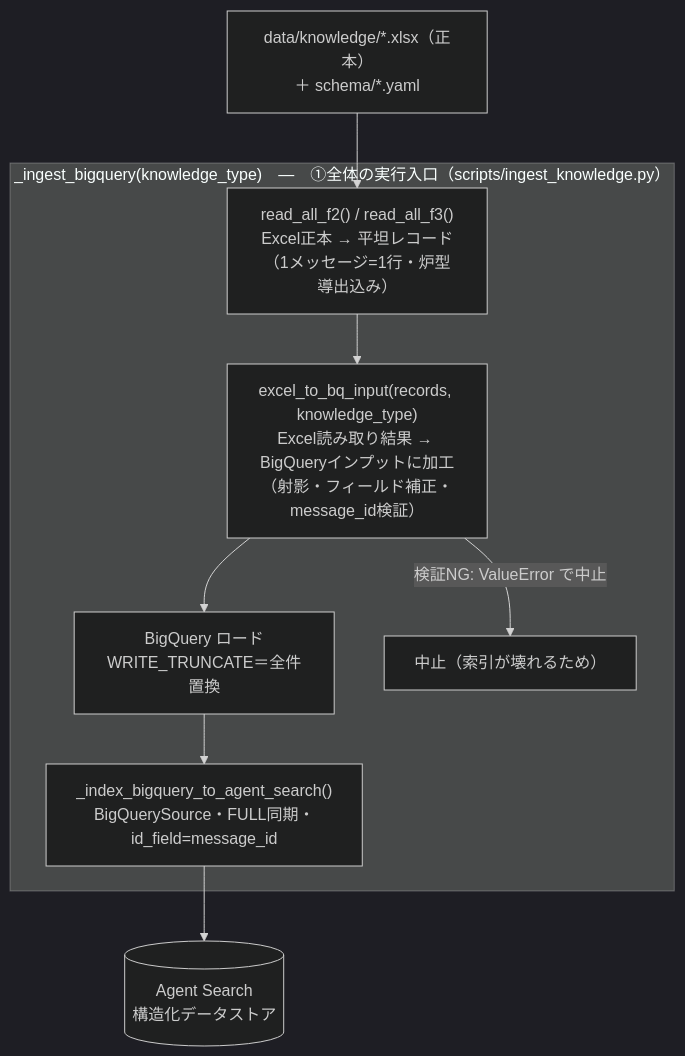
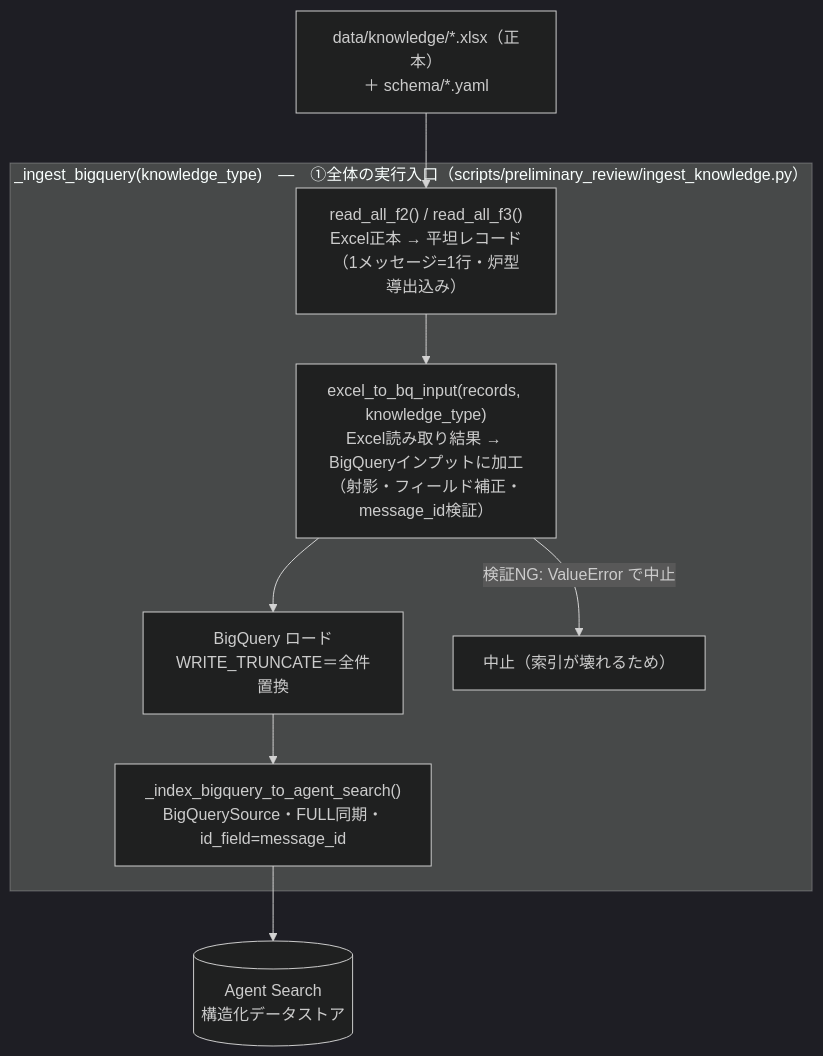
Before and after one commit to monigairu/PPOOCC: the second of 7 diagrams in docs/preliminary_review/ARCHITECTURE.md, drawn with Mermaid (dark theme). The commit also changed other lines of this file and 33 other files, not shown here.

````diff
--- a/docs/preliminary_review/ARCHITECTURE.md
+++ b/docs/preliminary_review/ARCHITECTURE.md
@@ -78,15 +157,15 @@
 ```mermaid
 flowchart TD
     XLS["data/knowledge/*.xlsx（正本）<br/>＋ schema/*.yaml"] --> READ
-    subgraph ING["_ingest_bigquery(knowledge_type)　—　①全体の実行入口（scripts/ingest_knowledge.py）"]
+    subgraph ING["_ingest_bigquery(knowledge_type)　—　①全体の実行入口（scripts/preliminary_review/ingest_knowledge.py）"]
         READ["read_all_f2() / read_all_f3()<br/>Excel正本 → 平坦レコード<br/>（1メッセージ=1行・炉型導出込み）"]
         OYA["excel_to_bq_input(records, knowledge_type)<br/>Excel読み取り結果 → BigQueryインプットに加工<br/>（射影・フィールド補正・message_id検証）"]
         LOAD["BigQuery ロード<br/>WRITE_TRUNCATE＝全件置換"]
         IDX["_index_bigquery_to_agent_search()<br/>BigQuerySource・FULL同期・id_field=message_id"]
         READ --> OYA
         OYA -->|"検証NG: ValueError で中止"| STOP["中止（索引が壊れるため）"]
         OYA --> LOAD
         LOAD --> IDX
     end
     IDX --> DS[("Agent Search<br/>構造化データストア")]
 ```
````
